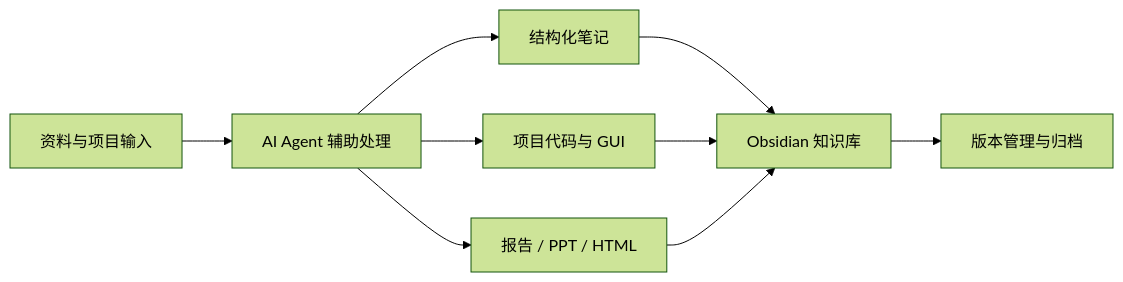
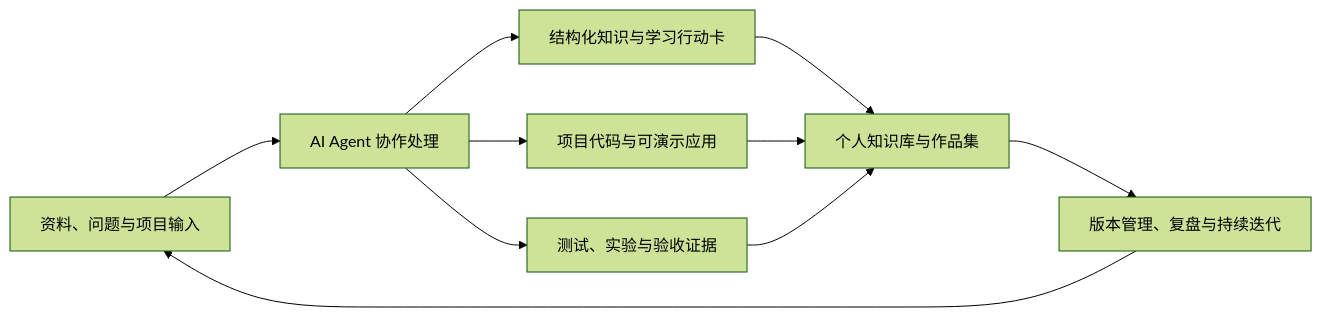
The diagram in README.md (xiaochunfengbuxiao/xiaochunfengbuxiao), drawn with Mermaid (forest theme) before and after one commit. The commit also changed other lines of this file, not shown here.

````diff
--- a/README.md
+++ b/README.md
@@ -72,11 +74,15 @@
 ```mermaid
 flowchart LR
-    A[资料与项目输入] --> B[AI Agent 辅助处理]
-    B --> C[结构化笔记]
-    B --> D[项目代码与 GUI]
-    B --> E[报告 / PPT / HTML]
-    C --> F[Obsidian 知识库]
-    D --> F
-    E --> F
-    F --> G[版本管理与归档]
+    accTitle: Personal Engineering Loop
+    accDescr: 资料、问题与项目输入经过 AI Agent 协作处理，沉淀为知识、应用和验收证据，再通过版本管理与复盘持续迭代。
+
+    input[资料、问题与项目输入] --> agent[AI Agent 协作处理]
+    agent --> notes[结构化知识与学习行动卡]
+    agent --> apps[项目代码与可演示应用]
+    agent --> evidence[测试、实验与验收证据]
+    notes --> system[个人知识库与作品集]
+    apps --> system
+    evidence --> system
+    system --> review[版本管理、复盘与持续迭代]
+    review --> input
 ```
````
